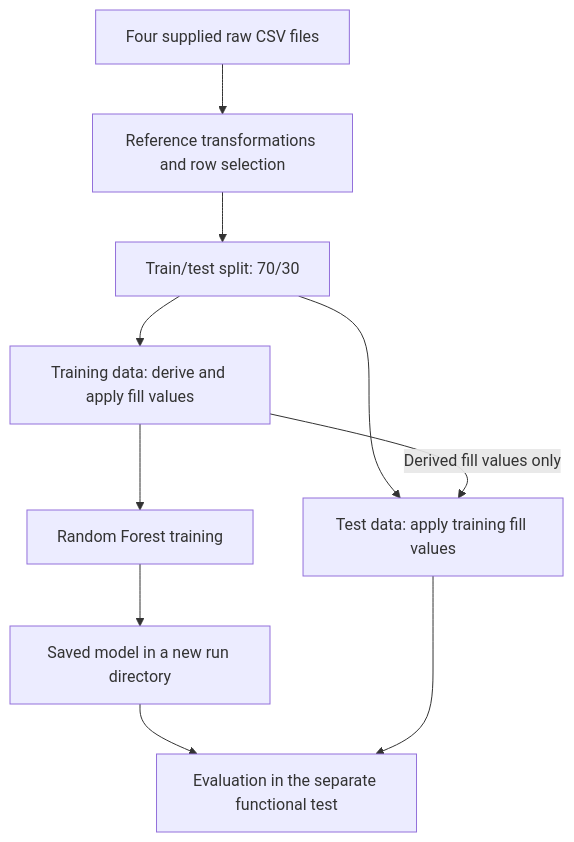
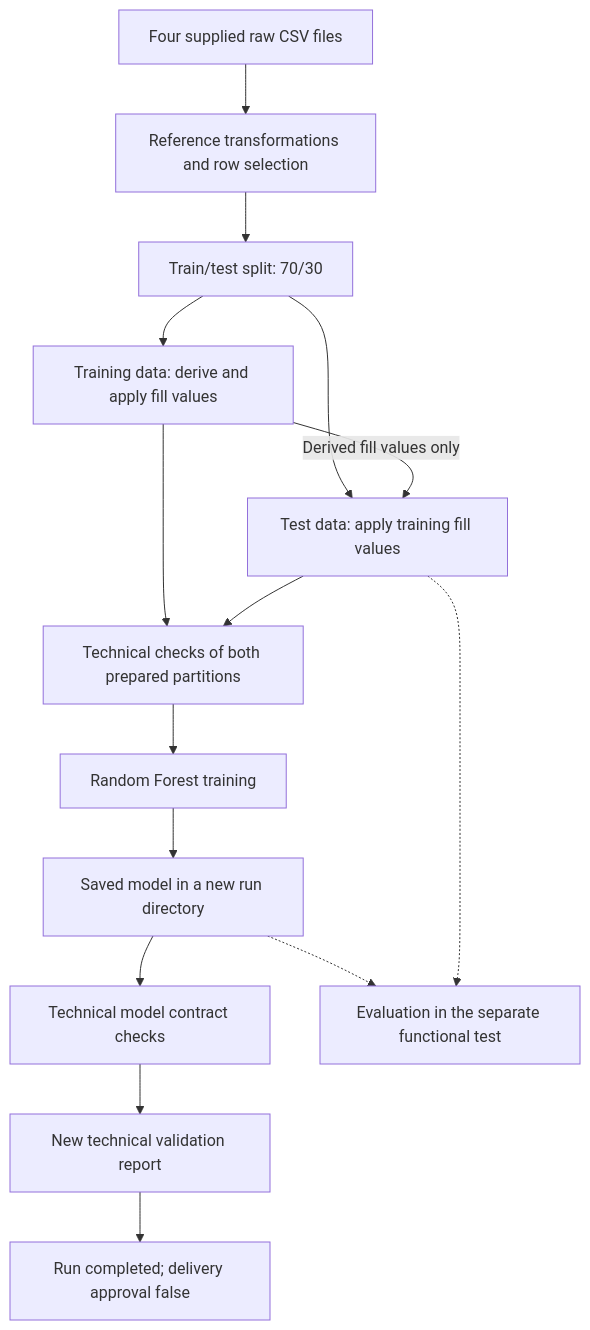
The first of 5 diagrams in docs/architecture.md (SiR1979/Template_MLOps_accidents), drawn with Mermaid before and after one commit. The commit also changed other lines of this file and 2 other files, not shown here.

Commit message:
Add technical pipeline validation and tests

````diff
--- a/docs/architecture.md
+++ b/docs/architecture.md
@@ -29,12 +29,17 @@
 ```mermaid
 flowchart TD
     RAW["Four supplied raw CSV files"] --> PRE["Reference transformations and row selection"]
     PRE --> SPLIT["Train/test split: 70/30"]
     SPLIT --> TRAIN["Training data: derive and apply fill values"]
     SPLIT --> TEST["Test data: apply training fill values"]
     TRAIN -->|"Derived fill values only"| TEST
-    TRAIN --> FIT["Random Forest training"]
+    TRAIN --> DATA_CHECK["Technical checks of both prepared partitions"]
+    TEST --> DATA_CHECK
+    DATA_CHECK --> FIT["Random Forest training"]
     FIT --> MODEL["Saved model in a new run directory"]
-    MODEL --> EVAL["Evaluation in the separate functional test"]
-    TEST --> EVAL
+    MODEL --> MODEL_CHECK["Technical model contract checks"]
+    MODEL_CHECK --> REPORT["New technical validation report"]
+    REPORT --> DONE["Run completed; delivery approval false"]
+    MODEL -.-> EVAL["Evaluation in the separate functional test"]
+    TEST -.-> EVAL
 ```
````
